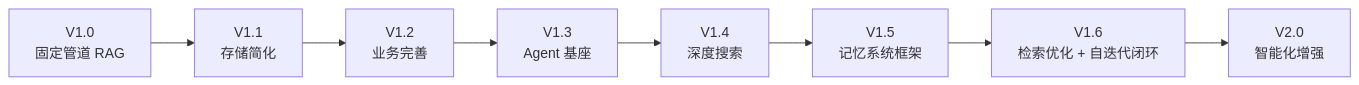
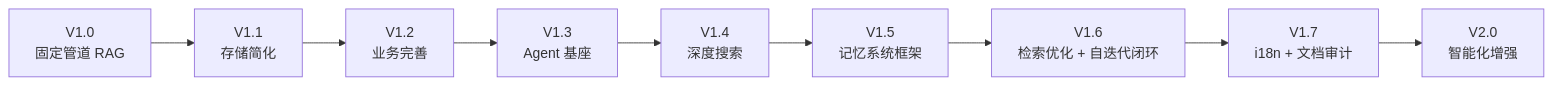
Before and after one commit to int2t05/Cognik: the first of 4 diagrams in docs/ROADMAP.md, drawn with Mermaid. The commit also changed other lines of this file and 1 other file, not shown here.

First line of the commit message:
docs: 评价短板入 TODO + ROADMAP V1.7/V2.0 补强

````diff
--- a/docs/ROADMAP.md
+++ b/docs/ROADMAP.md
@@ -15,10 +15,11 @@
 ```mermaid
 flowchart LR
     V1["V1.0<br/>固定管道 RAG"] --> V11["V1.1<br/>存储简化"]
     V11 --> V12["V1.2<br/>业务完善"]
     V12 --> V13["V1.3<br/>Agent 基座"]
     V13 --> V14["V1.4<br/>深度搜索"]
     V14 --> V15["V1.5<br/>记忆系统框架"]
     V15 --> V16["V1.6<br/>检索优化 + 自迭代闭环"]
-    V16 --> V2["V2.0<br/>智能化增强"]
+    V16 --> V17["V1.7<br/>i18n + 文档审计"]
+    V17 --> V2["V2.0<br/>智能化增强"]
 ```
````
